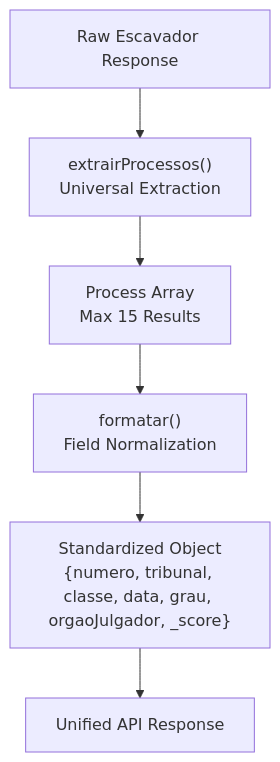
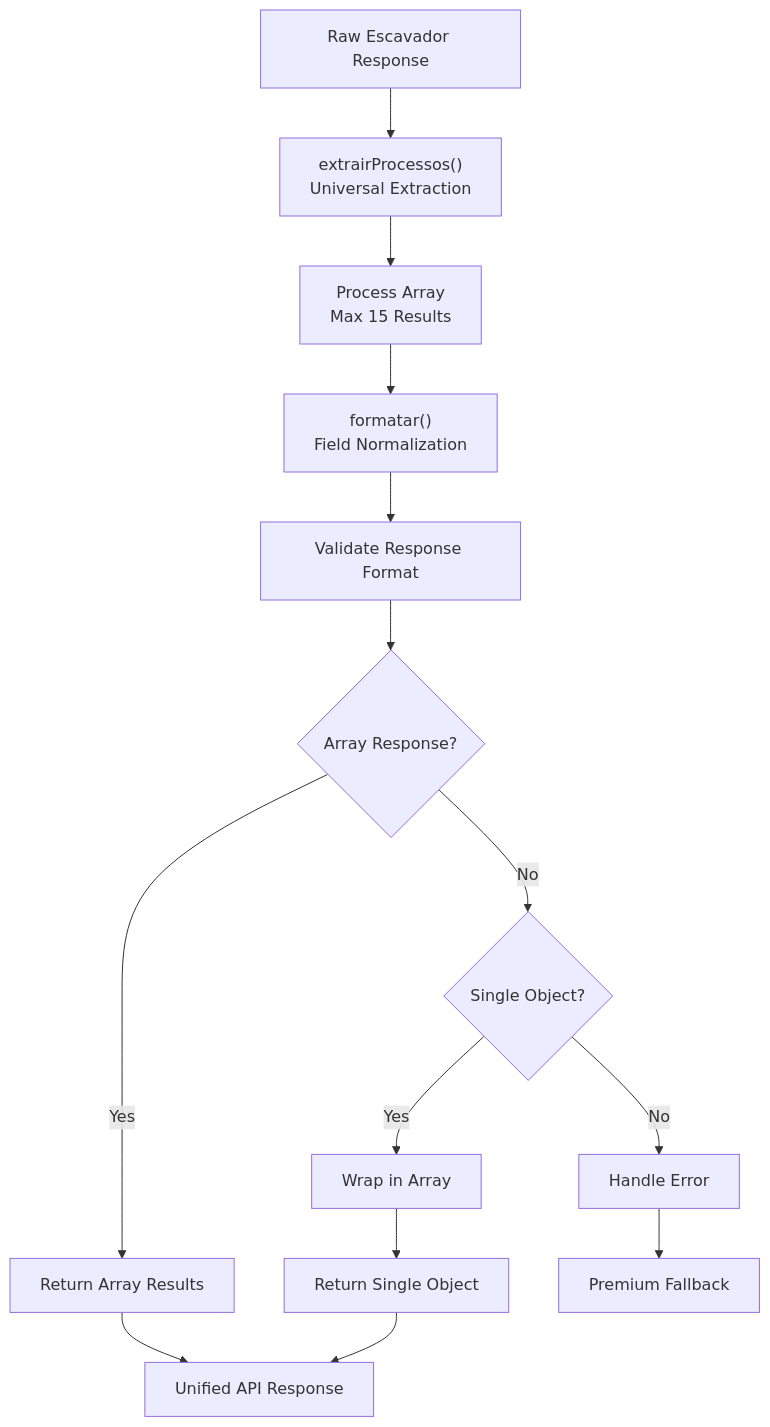
Diagram 11 of 13 in .qoder/repowiki/en/content/API Integration Layer/API Integration Layer.md (Alexandrexicara/bot-processos), drawn with Mermaid before and after one commit. The commit also changed other lines of this file and 5 other files, not shown here.

````diff
--- a/.qoder/repowiki/en/content/API Integration Layer/API Integration Layer.md
+++ b/.qoder/repowiki/en/content/API Integration Layer/API Integration Layer.md
@@ -576,8 +642,16 @@
 ```mermaid
 flowchart TD
 RawResponse["Raw Escavador Response"] --> ExtractFunction["extrairProcessos()<br/>Universal Extraction"]
 ExtractFunction --> ProcessArray["Process Array<br/>Max 15 Results"]
 ProcessArray --> FormatFunction["formatar()<br/>Field Normalization"]
-FormatFunction --> Standardized["Standardized Object<br/>{numero, tribunal, classe, data, grau, orgaoJulgador, _score}"]
-Standardized --> UnifiedAPI["Unified API Response"]
+FormatFunction --> ValidateResponse["Validate Response Format"]
+ValidateResponse --> ArrayResponse{"Array Response?"}
+ArrayResponse --> |Yes| ReturnArray["Return Array Results"]
+ArrayResponse --> |No| SingleResponse{"Single Object?"}
+SingleResponse --> |Yes| WrapObject["Wrap in Array"]
+WrapObject --> ReturnSingle["Return Single Object"]
+SingleResponse --> |No| HandleError["Handle Error"]
+HandleError --> PremiumFallback["Premium Fallback"]
+ReturnArray --> UnifiedAPI["Unified API Response"]
+ReturnSingle --> UnifiedAPI
 ```
````
